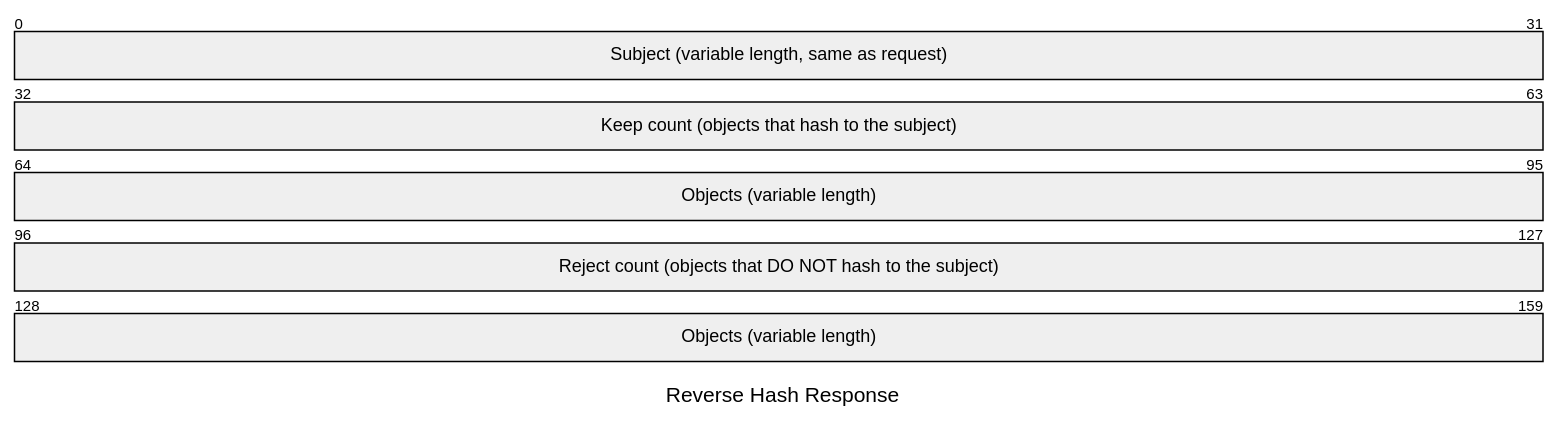
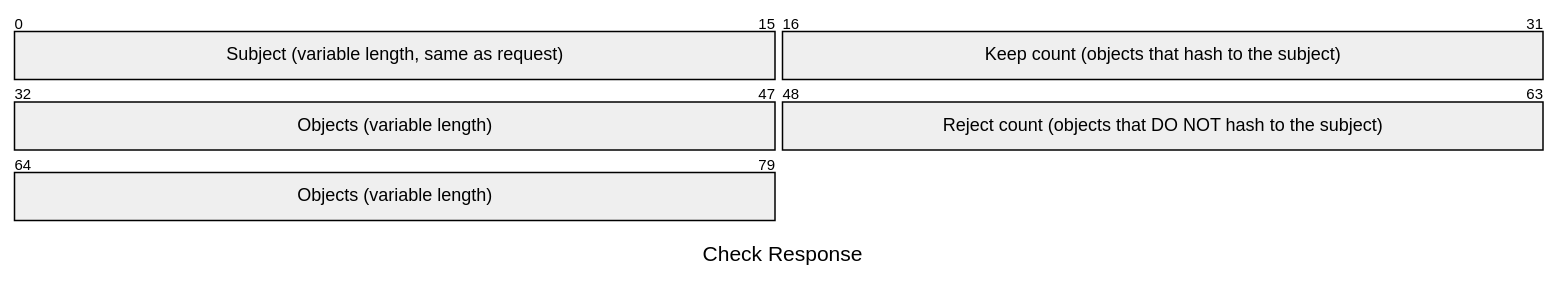
The fifth of 5 diagrams in README.md (xmidt-org/hashy), drawn with Mermaid before and after one commit. The commit also changed other lines of this file, not shown here.

Commit message:
feat: reverted back to check instead of reverse hash; tweaked messages

````diff
--- a/README.md
+++ b/README.md
@@ -129,11 +126,11 @@
 ```mermaid
 ---
-title: "Reverse Hash Response"
+title: "Check Response"
 ---
 packet
-+32: "Subject (variable length, same as request)"
-+32: "Keep count (objects that hash to the subject)"
-+32: "Objects (variable length)"
-+32: "Reject count (objects that DO NOT hash to the subject)"
-+32: "Objects (variable length)"
++16: "Subject (variable length, same as request)"
++16: "Keep count (objects that hash to the subject)"
++16: "Objects (variable length)"
++16: "Reject count (objects that DO NOT hash to the subject)"
++16: "Objects (variable length)"
 ```
````
